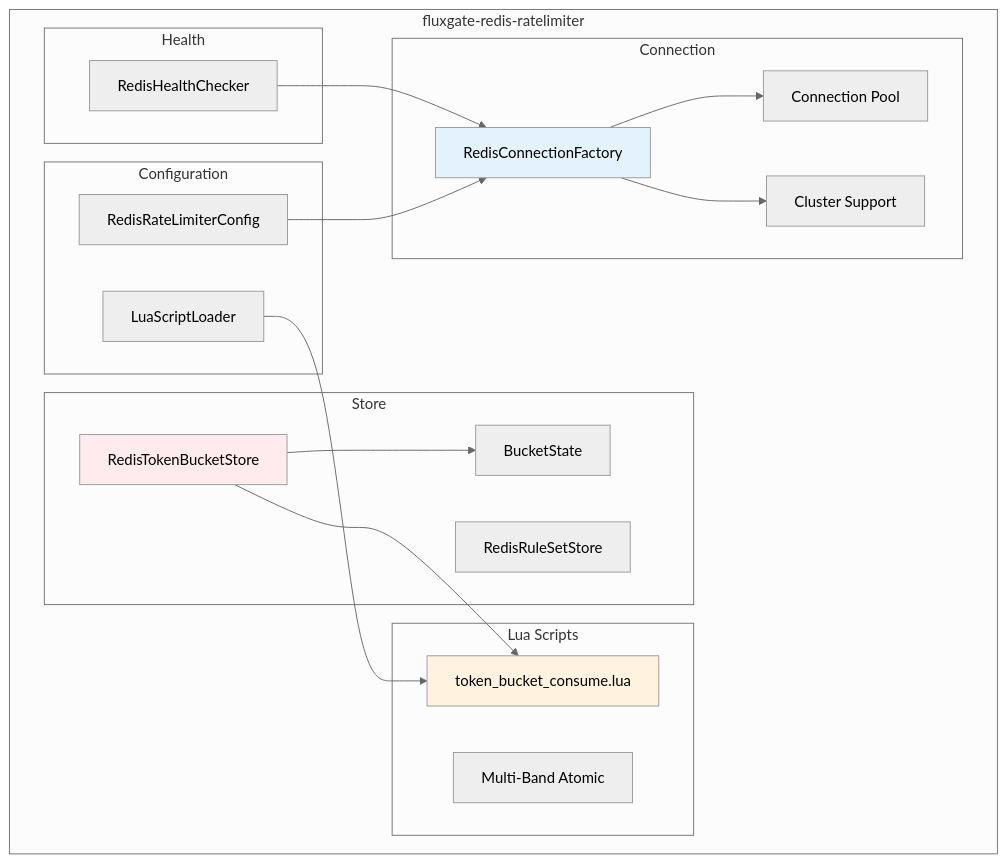
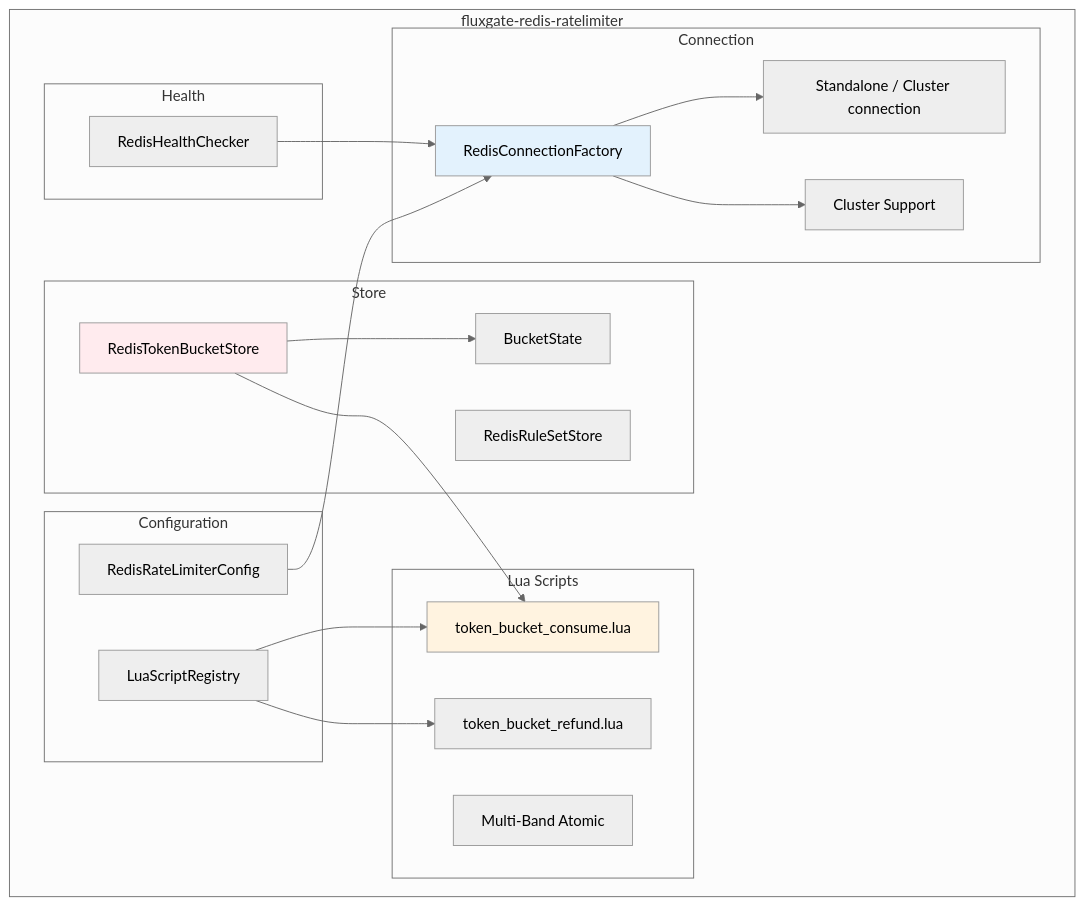
Before and after one commit to OpenFluxGate/fluxgate: the fifth of 11 diagrams in docs/en/architecture/README.md, drawn with Mermaid (neutral theme). The commit also changed other lines of this file and 37 other files, not shown here.

First line of the commit message:
docs: align the changelog, guides and architecture docs with 0.4

````diff
--- a/docs/en/architecture/README.md
+++ b/docs/en/architecture/README.md
@@ -361,42 +361,43 @@
 ```mermaid
 flowchart TB
     subgraph Redis["fluxgate-redis-ratelimiter"]
         subgraph Connection["Connection"]
             CF[RedisConnectionFactory]
-            POOL[Connection Pool]
+            POOL[Standalone / Cluster connection]
             CLUSTER[Cluster Support]
         end
 
         subgraph Store["Store"]
             TBS[RedisTokenBucketStore]
             RSS[RedisRuleSetStore]
             STATE[BucketState]
         end
 
         subgraph Script["Lua Scripts"]
             CONSUME[token_bucket_consume.lua]
+            REFUND[token_bucket_refund.lua]
             MULTI[Multi-Band Atomic]
         end
 
         subgraph Config["Configuration"]
             CONF[RedisRateLimiterConfig]
-            LOADER[LuaScriptLoader]
+            LOADER[LuaScriptRegistry]
         end
 
         subgraph Health["Health"]
             HC[RedisHealthChecker]
         end
     end
 
     CF --> POOL
     CF --> CLUSTER
     TBS --> CONSUME
     TBS --> STATE
     CONF --> CF
-    LOADER --> CONSUME
+    LOADER --> CONSUME & REFUND
     HC --> CF
 
     style TBS fill:#ffebee
     style CONSUME fill:#fff3e0
     style CF fill:#e3f2fd
 ```
````
